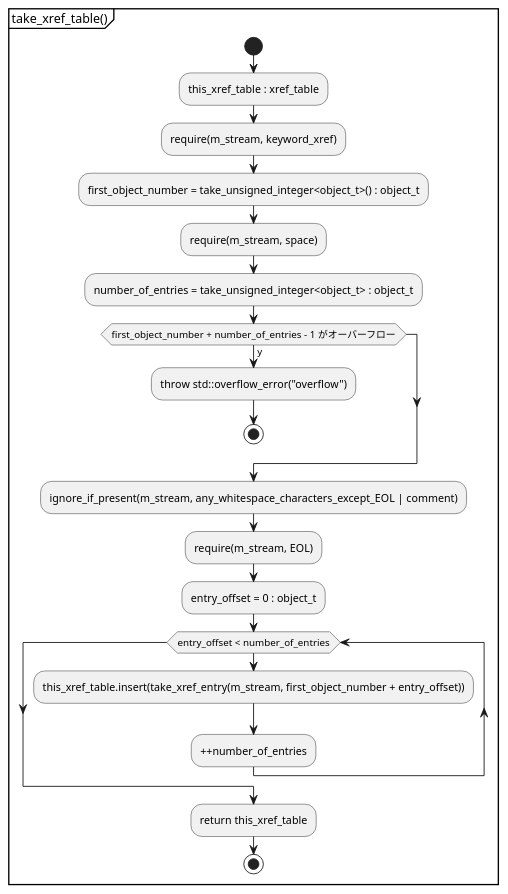
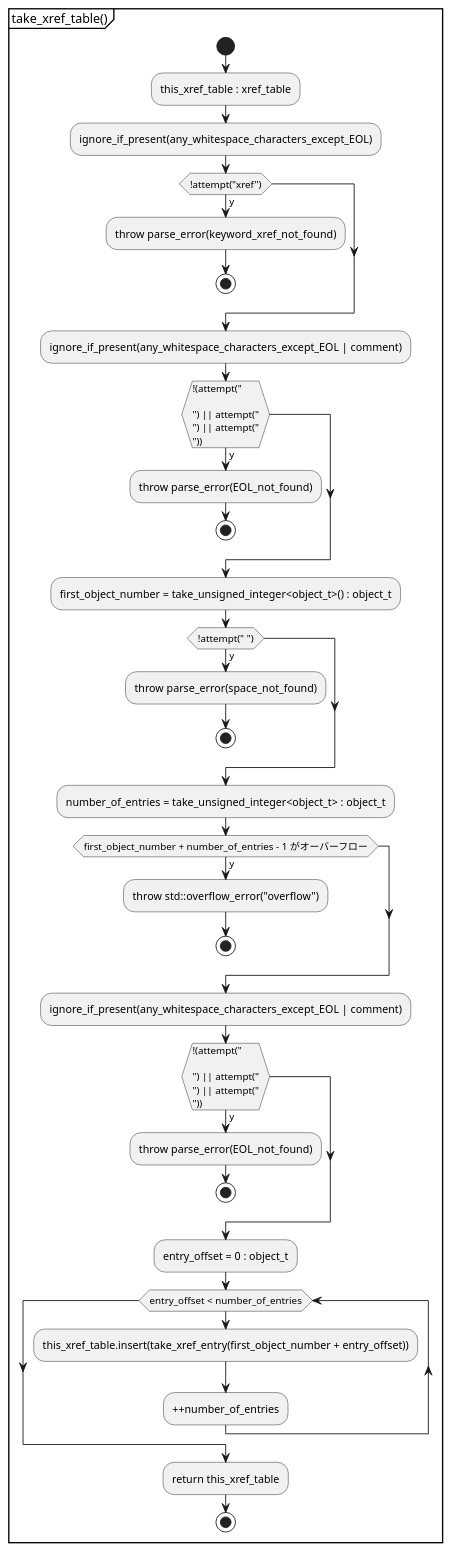
One commit to KodaiYM/PDFReader changed the eighth of 16 diagrams in document/stream_parser.activity.pu. Above: the diagram before and after it, drawn with PlantUML. The commit also changed other lines of this file and 4 other files, not shown here.

```diff
--- a/document/stream_parser.activity.pu
+++ b/document/stream_parser.activity.pu
@@ -93,23 +144,40 @@
 @startuml take_xref_table
 partition "take_xref_table()" {
 start
 	:this_xref_table : xref_table;
-	:require(m_stream, keyword_xref);
+	:ignore_if_present(any_whitespace_characters_except_EOL);
+	if (!attempt("xref")) then (y)
+		:throw parse_error(keyword_xref_not_found);
+		stop
+	endif
+	:ignore_if_present(any_whitespace_characters_except_EOL | comment);
+	if (!(attempt("\r\n") || attempt("\n") || attempt("\r"))) then (y)
+		:throw parse_error(EOL_not_found);
+		stop
+	endif
+
 	:first_object_number = take_unsigned_integer<object_t>() : object_t;
-	:require(m_stream, space);
+	if (!attempt(" ")) then (y)
+		:throw parse_error(space_not_found);
+		stop
+	endif
 	:number_of_entries = take_unsigned_integer<object_t> : object_t;
 	if (first_object_number + number_of_entries - 1 がオーバーフロー) then (y)
 		:throw std::overflow_error("overflow");
 		stop
 	endif
-	:ignore_if_present(m_stream, any_whitespace_characters_except_EOL | comment);
-	:require(m_stream, EOL);
+	:ignore_if_present(any_whitespace_characters_except_EOL | comment);
+	if (!(attempt("\r\n") || attempt("\n") || attempt("\r"))) then (y)
+		:throw parse_error(EOL_not_found);
+		stop
+	endif
+
 	:entry_offset = 0 : object_t;
 	while (entry_offset < number_of_entries)
-		:this_xref_table.insert(take_xref_entry(m_stream, first_object_number + entry_offset));
+		:this_xref_table.insert(take_xref_entry(first_object_number + entry_offset));
 		:++number_of_entries;
 	endwhile
 	:return this_xref_table;
 stop
 }
 @enduml
```
